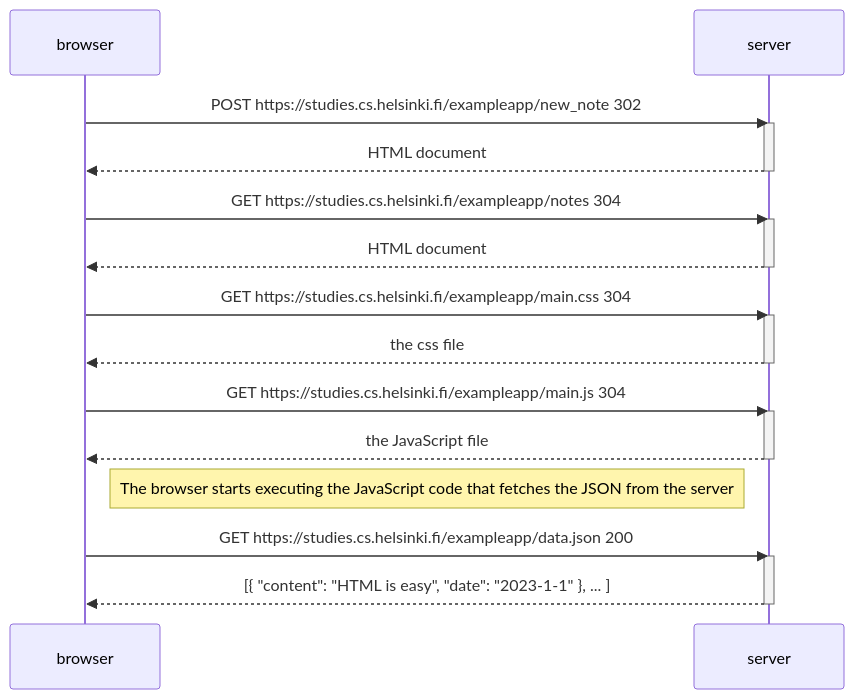
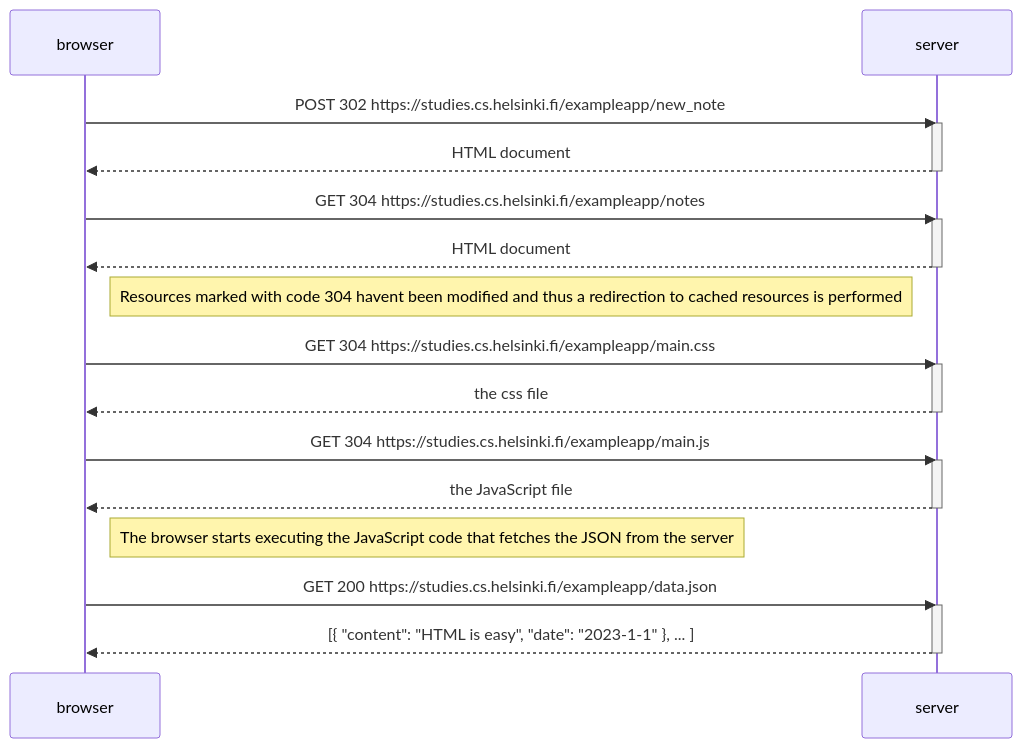
One commit to PTJaeger/palautusrepositorio changed the diagram in osa0/04.md. Above: the diagram before and after it, drawn with Mermaid.

````diff
--- a/osa0/04.md
+++ b/osa0/04.md
@@ -1,32 +1,34 @@
 ```mermaid
 sequenceDiagram
     participant browser
     participant server
     
-    browser->>server: POST https://studies.cs.helsinki.fi/exampleapp/new_note 302
+    browser->>server: POST 302 https://studies.cs.helsinki.fi/exampleapp/new_note 
     activate server
     server-->>browser: HTML document
     deactivate server
 
-    browser->>server: GET https://studies.cs.helsinki.fi/exampleapp/notes 304
+    browser->>server: GET 304 https://studies.cs.helsinki.fi/exampleapp/notes 
     activate server
     server-->>browser: HTML document
     deactivate server
+
+    Note right of browser: Resources marked with code 304 havent been modified and thus a redirection to cached resources is performed
     
-    browser->>server: GET https://studies.cs.helsinki.fi/exampleapp/main.css 304
+    browser->>server: GET 304 https://studies.cs.helsinki.fi/exampleapp/main.css 
     activate server
     server-->>browser: the css file
     deactivate server
     
-    browser->>server: GET https://studies.cs.helsinki.fi/exampleapp/main.js 304
+    browser->>server: GET 304 https://studies.cs.helsinki.fi/exampleapp/main.js 
     activate server
     server-->>browser: the JavaScript file
     deactivate server
     
     Note right of browser: The browser starts executing the JavaScript code that fetches the JSON from the server
     
-    browser->>server: GET https://studies.cs.helsinki.fi/exampleapp/data.json 200
+    browser->>server: GET 200 https://studies.cs.helsinki.fi/exampleapp/data.json 
     activate server
     server-->>browser: [{ "content": "HTML is easy", "date": "2023-1-1" }, ... ]
     deactivate server
 ```
````
